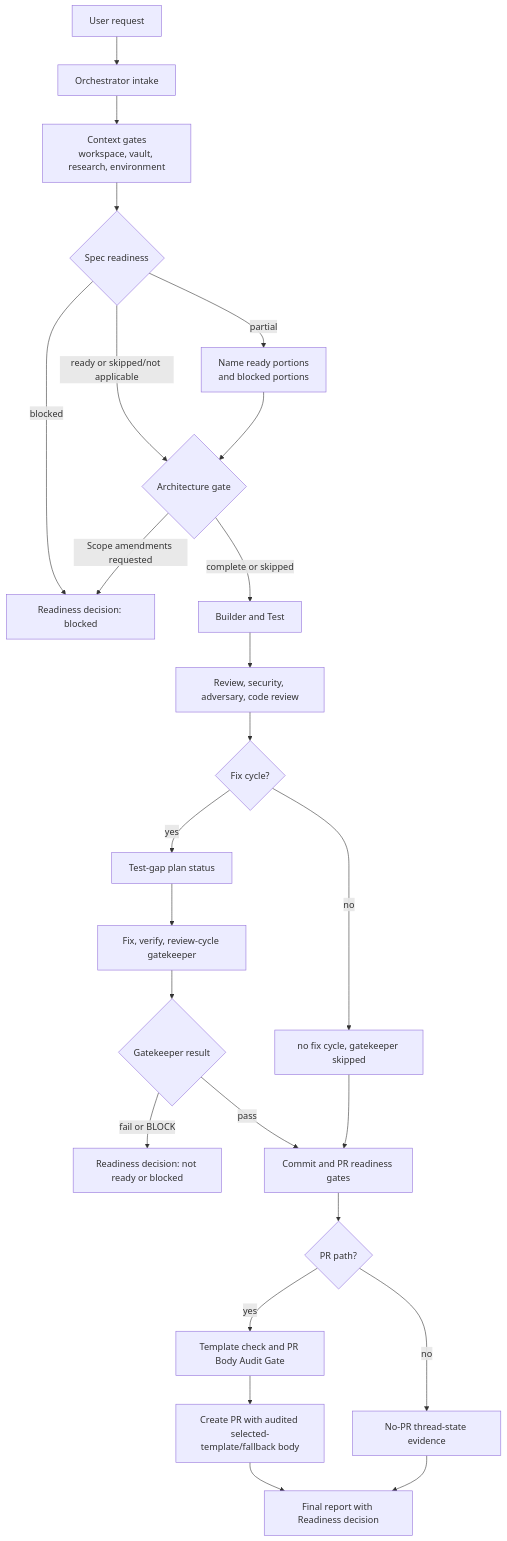
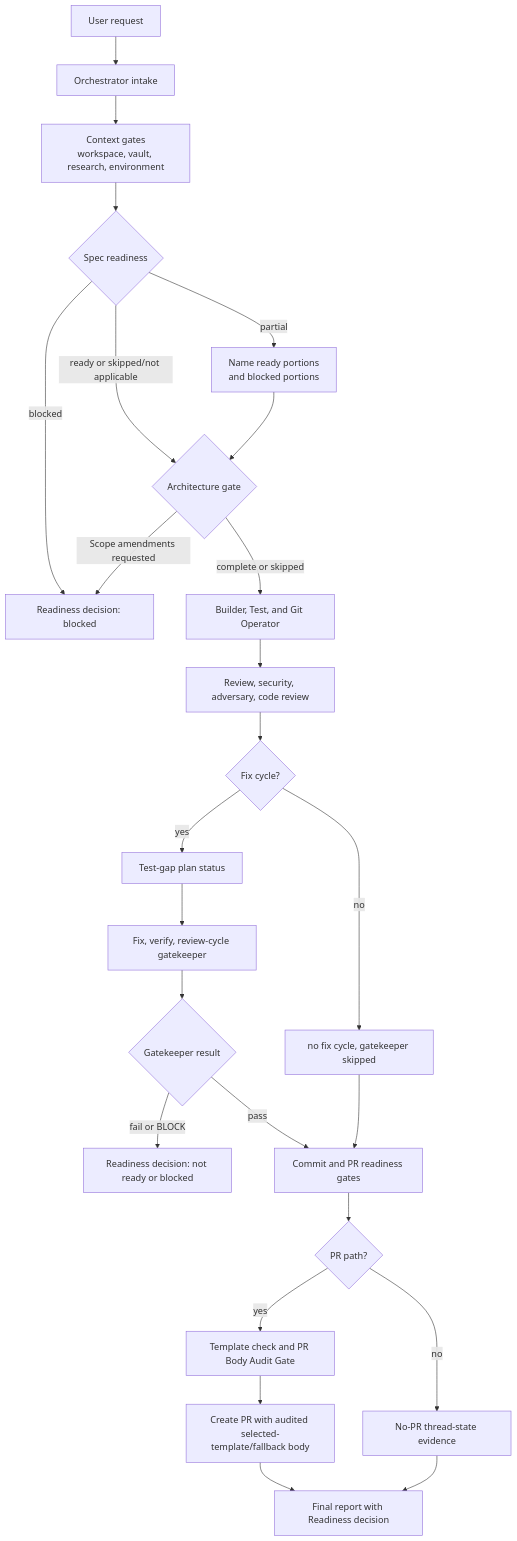
Before and after one commit to sjinks/agentic-engineering-pack: the first of 7 diagrams in agentic-engineering/docs/README.md, drawn with Mermaid. The commit also changed other lines of this file and 27 other files, not shown here.

````diff
--- a/agentic-engineering/docs/README.md
+++ b/agentic-engineering/docs/README.md
@@ -25,27 +25,27 @@
 ```mermaid
 flowchart TD
     A["User request"] --> B["Orchestrator intake"]
     B --> C["Context gates\nworkspace, vault, research, environment"]
     C --> D{"Spec readiness"}
     D -->|"blocked"| X["Readiness decision: blocked"]
     D -->|"partial"| E["Name ready portions\nand blocked portions"]
     D -->|"ready or skipped/not applicable"| F{"Architecture gate"}
     E --> F
     F -->|"Scope amendments requested"| X
-    F -->|"complete or skipped"| G["Builder and Test"]
+    F -->|"complete or skipped"| G["Builder, Test, and Git Operator"]
     G --> H["Review, security, adversary, code review"]
     H --> I{"Fix cycle?"}
     I -->|"yes"| J["Test-gap plan status"]
     J --> K["Fix, verify, review-cycle gatekeeper"]
     K --> L{"Gatekeeper result"}
     L -->|"fail or BLOCK"| Y["Readiness decision: not ready or blocked"]
     L -->|"pass"| M["Commit and PR readiness gates"]
     I -->|"no"| N["no fix cycle, gatekeeper skipped"]
     N --> M
     M --> O{"PR path?"}
     O -->|"yes"| P["Template check and PR Body Audit Gate"]
     O -->|"no"| Q["No-PR thread-state evidence"]
     P --> PA["Create PR with audited selected-template/fallback body"]
     PA --> R["Final report with Readiness decision"]
     Q --> R
 ```
````
